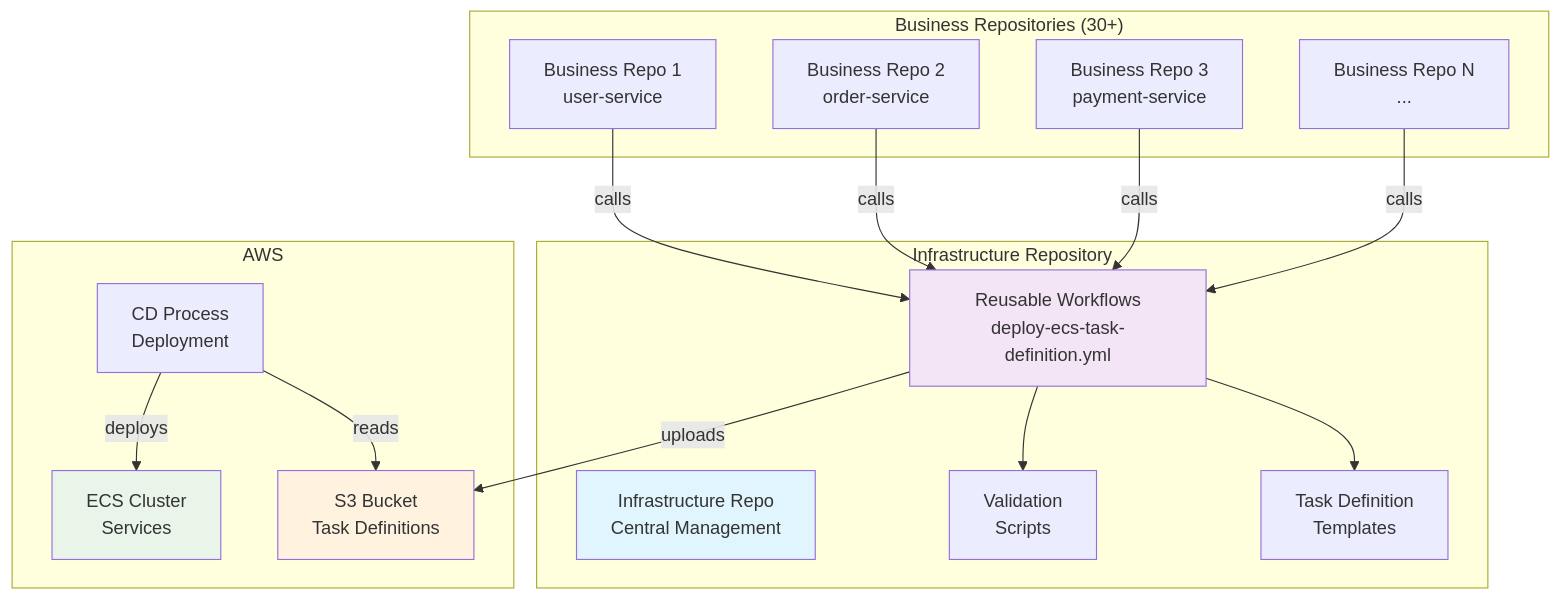
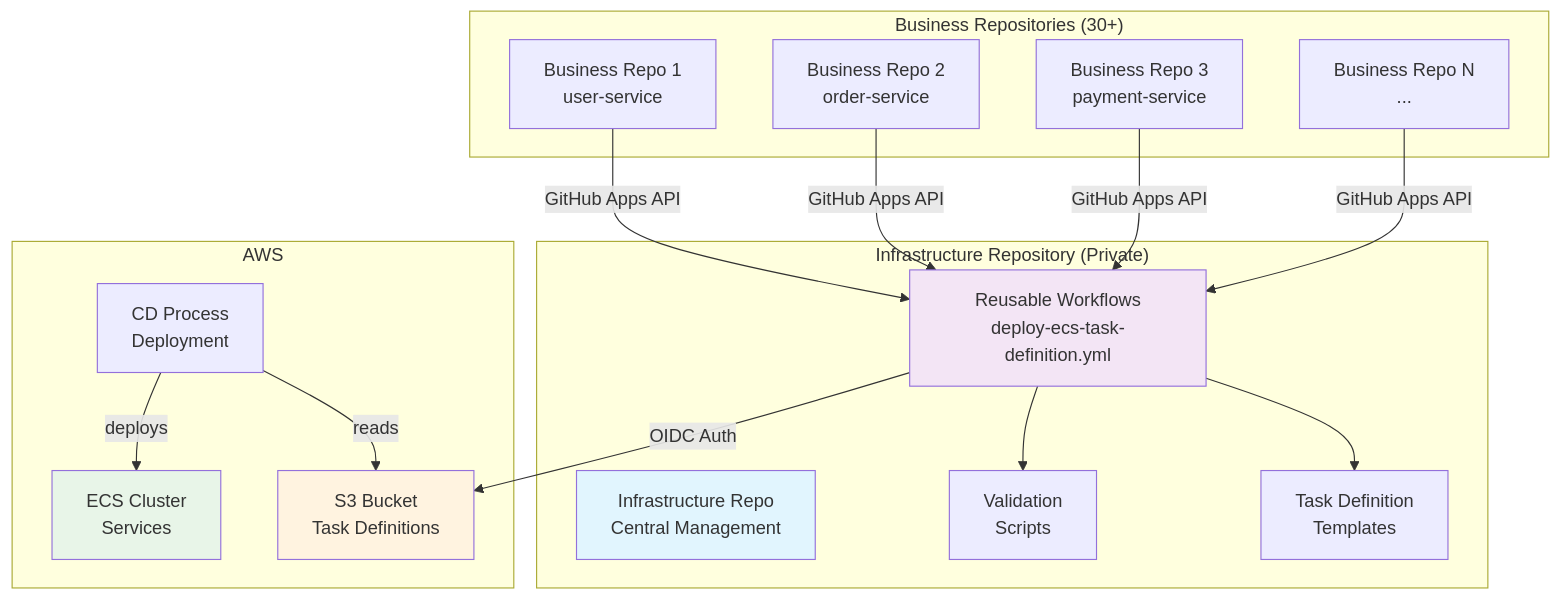
Before and after one commit to clf13092/ecs-task-definition-management: the first of 7 diagrams in ECS_Task_Definition_Management.md, drawn with Mermaid. The commit also changed other lines of this file, not shown here.

````diff
--- a/ECS_Task_Definition_Management.md
+++ b/ECS_Task_Definition_Management.md
@@ -34,39 +35,39 @@
 ```mermaid
 graph TB
     subgraph "Business Repositories (30+)"
         BR1[Business Repo 1<br/>user-service]
         BR2[Business Repo 2<br/>order-service]
         BR3[Business Repo 3<br/>payment-service]
         BRN[Business Repo N<br/>...]
     end
     
-    subgraph "Infrastructure Repository"
+    subgraph "Infrastructure Repository (Private)"
         IR[Infrastructure Repo<br/>Central Management]
         RW[Reusable Workflows<br/>deploy-ecs-task-definition.yml]
         TT[Task Definition<br/>Templates]
         VS[Validation<br/>Scripts]
     end
     
     subgraph "AWS"
         S3[S3 Bucket<br/>Task Definitions]
         ECS[ECS Cluster<br/>Services]
         CD[CD Process<br/>Deployment]
     end
     
-    BR1 -->|calls| RW
-    BR2 -->|calls| RW
-    BR3 -->|calls| RW
-    BRN -->|calls| RW
+    BR1 -->|GitHub Apps API| RW
+    BR2 -->|GitHub Apps API| RW
+    BR3 -->|GitHub Apps API| RW
+    BRN -->|GitHub Apps API| RW
     
     RW --> TT
     RW --> VS
-    RW -->|uploads| S3
+    RW -->|OIDC Auth| S3
     
     CD -->|reads| S3
     CD -->|deploys| ECS
     
     style IR fill:#e1f5fe
     style RW fill:#f3e5f5
     style S3 fill:#fff3e0
     style ECS fill:#e8f5e8
 ```
````
